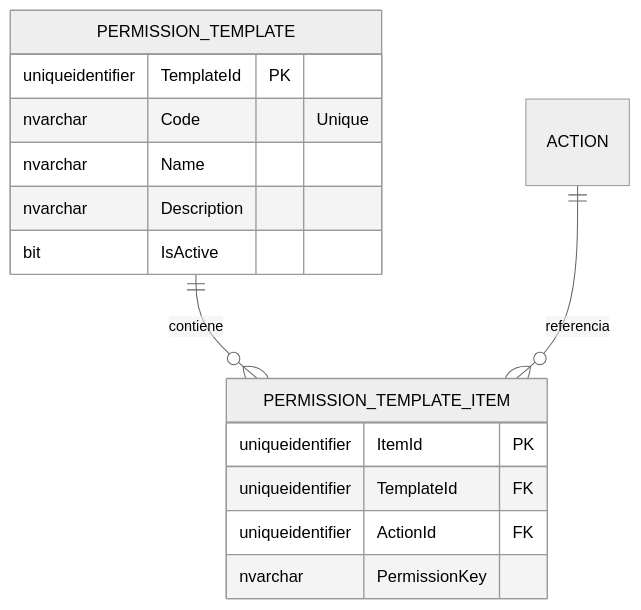
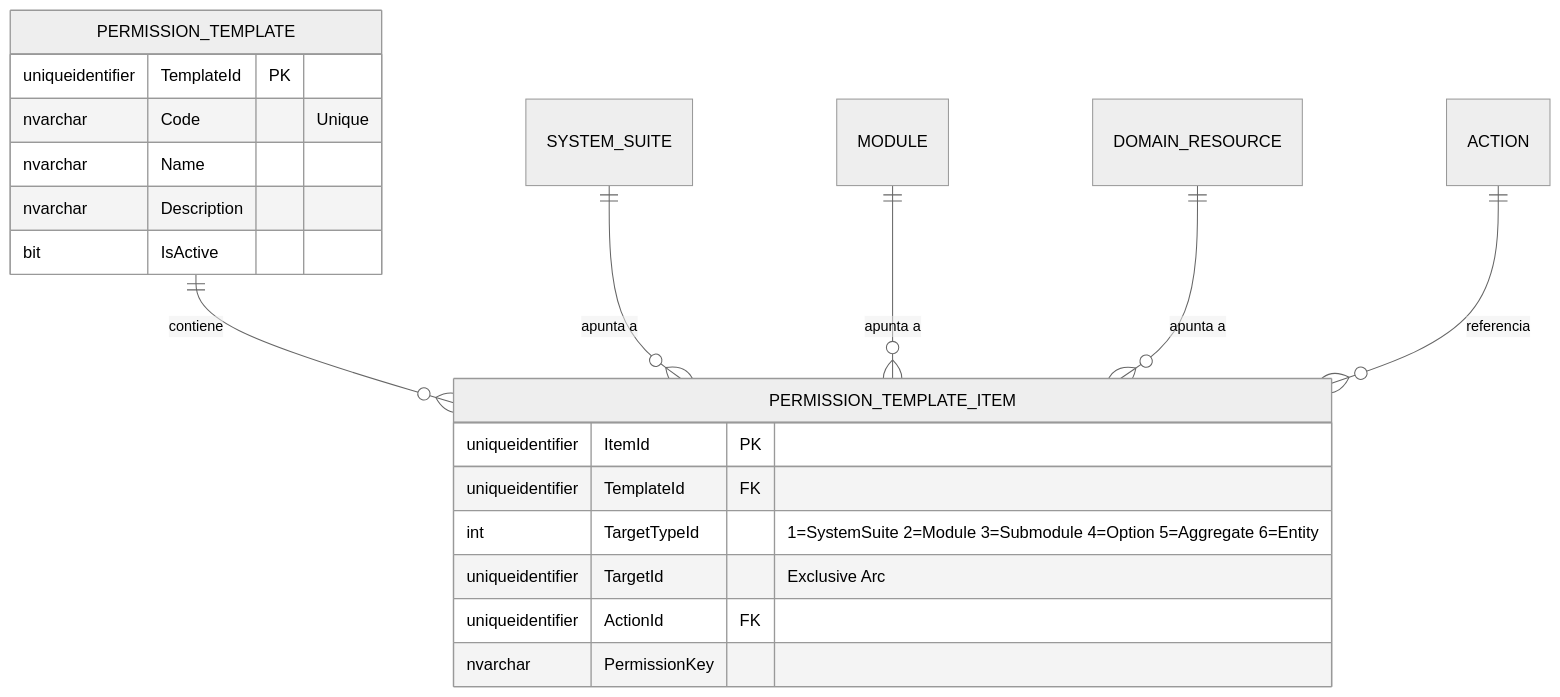
The third of 3 diagrams in docs/domain-es/authorization/permission-template.md (beyondnetcode/ums), drawn with Mermaid (neutral theme) before and after one commit. The commit also changed 98 other files, not shown here.

First line of the commit message:
feat(authorization,ui): extend permission model with Domain Resources + MD3 list alignment

````diff
--- a/docs/domain-es/authorization/permission-template.md
+++ b/docs/domain-es/authorization/permission-template.md
@@ -139,19 +139,24 @@
 ```mermaid
 erDiagram
     PERMISSION_TEMPLATE ||--o{ PERMISSION_TEMPLATE_ITEM : "contiene"
+    SYSTEM_SUITE ||--o{ PERMISSION_TEMPLATE_ITEM : "apunta a"
+    MODULE ||--o{ PERMISSION_TEMPLATE_ITEM : "apunta a"
+    DOMAIN_RESOURCE ||--o{ PERMISSION_TEMPLATE_ITEM : "apunta a"
     ACTION ||--o{ PERMISSION_TEMPLATE_ITEM : "referencia"
 
     PERMISSION_TEMPLATE {
         uniqueidentifier TemplateId PK
         nvarchar Code "Unique"
         nvarchar Name
         nvarchar Description
         bit IsActive
     }
     PERMISSION_TEMPLATE_ITEM {
         uniqueidentifier ItemId PK
         uniqueidentifier TemplateId FK
+        int TargetTypeId "1=SystemSuite 2=Module 3=Submodule 4=Option 5=Aggregate 6=Entity"
+        uniqueidentifier TargetId "Exclusive Arc"
         uniqueidentifier ActionId FK
         nvarchar PermissionKey
     }
 ```
````
